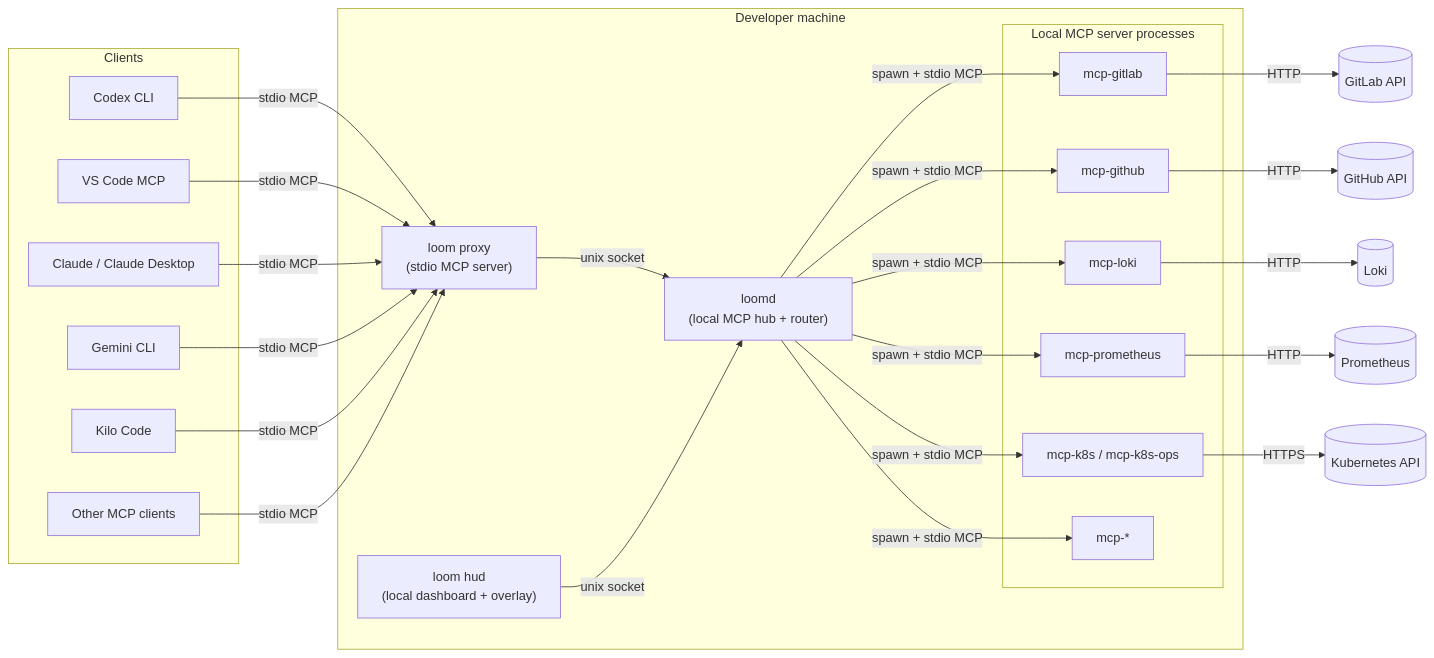
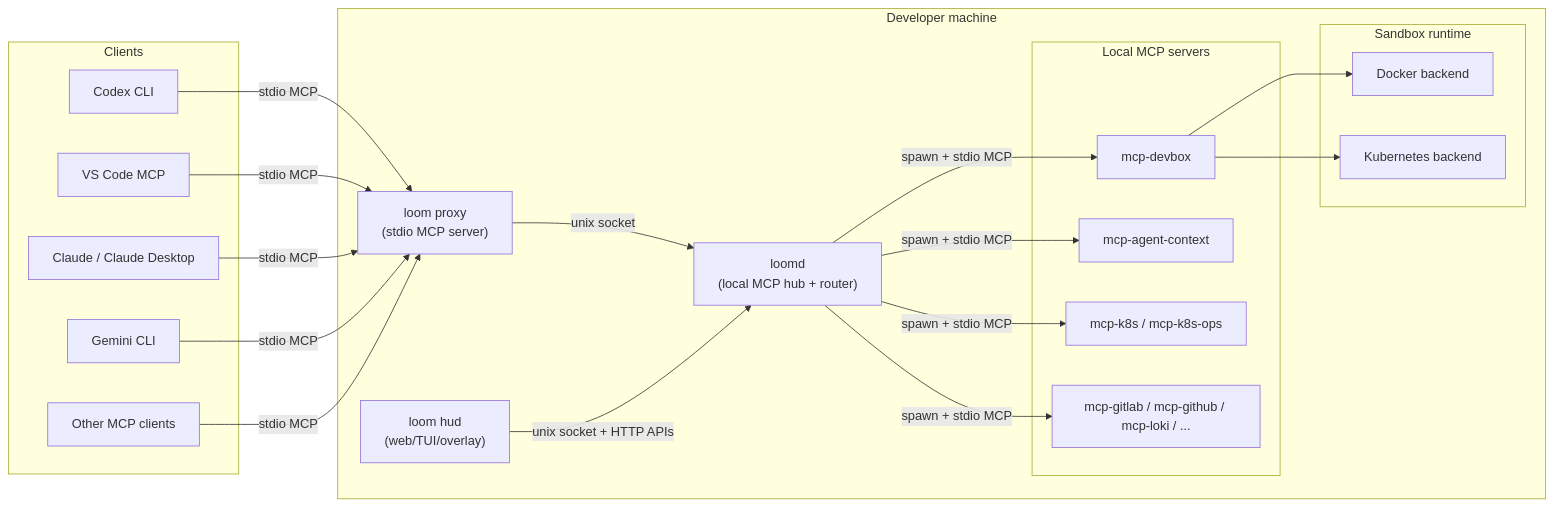
Before and after one commit to flexinfer/flexinfer: the first of 5 diagrams in docs/ARCHITECTURE.md, drawn with Mermaid. The commit also changed other lines of this file and 21 other files, not shown here.

````diff
--- a/docs/ARCHITECTURE.md
+++ b/docs/ARCHITECTURE.md
@@ -10,49 +12,45 @@
 ```mermaid
 flowchart LR
   subgraph Clients
     Codex[Codex CLI]
     VSCode[VS Code MCP]
     Claude[Claude / Claude Desktop]
     Gemini[Gemini CLI]
-    Kilo[Kilo Code]
     Other[Other MCP clients]
   end
 
   subgraph LocalMachine[Developer machine]
-    LoomProxy["loom proxy<br/>(stdio MCP server)"]
-    Loomd["loomd<br/>(local MCP hub + router)"]
-    HUD["loom hud<br/>(local dashboard + overlay)"]
+    LoomProxy["loom proxy\n(stdio MCP server)"]
+    Loomd["loomd\n(local MCP hub + router)"]
+    HUD["loom hud\n(web/TUI/overlay)"]
 
-    subgraph LocalServers[Local MCP server processes]
-      GitLab["mcp-gitlab"]
-      GitHub["mcp-github"]
-      Loki["mcp-loki"]
-      Prom["mcp-prometheus"]
+    subgraph LocalServers[Local MCP servers]
+      Devbox["mcp-devbox"]
+      AgentCtx["mcp-agent-context"]
       K8s["mcp-k8s / mcp-k8s-ops"]
-      OtherMCP["mcp-*"]
+      APIBacked["mcp-gitlab / mcp-github / mcp-loki / ..."]
+    end
+
+    subgraph SandboxRuntime[Sandbox runtime]
+      Docker[Docker backend]
+      K8sBackend[Kubernetes backend]
     end
   end
 
   Codex -->|stdio MCP| LoomProxy
   VSCode -->|stdio MCP| LoomProxy
   Claude -->|stdio MCP| LoomProxy
   Gemini -->|stdio MCP| LoomProxy
-  Kilo -->|stdio MCP| LoomProxy
   Other -->|stdio MCP| LoomProxy
 
   LoomProxy -->|unix socket| Loomd
-  HUD -->|unix socket| Loomd
+  HUD -->|unix socket + HTTP APIs| Loomd
 
-  Loomd -->|spawn + stdio MCP| GitLab
-  Loomd -->|spawn + stdio MCP| GitHub
-  Loomd -->|spawn + stdio MCP| Loki
-  Loomd -->|spawn + stdio MCP| Prom
+  Loomd -->|spawn + stdio MCP| Devbox
+  Loomd -->|spawn + stdio MCP| AgentCtx
   Loomd -->|spawn + stdio MCP| K8s
-  Loomd -->|spawn + stdio MCP| OtherMCP
+  Loomd -->|spawn + stdio MCP| APIBacked
 
-  GitLab -->|HTTP| GitLabAPI[(GitLab API)]
-  GitHub -->|HTTP| GitHubAPI[(GitHub API)]
-  Loki -->|HTTP| LokiAPI[(Loki)]
-  Prom -->|HTTP| PromAPI[(Prometheus)]
-  K8s -->|HTTPS| K8sAPI[(Kubernetes API)]
+  Devbox --> Docker
+  Devbox --> K8sBackend
 ```
````
